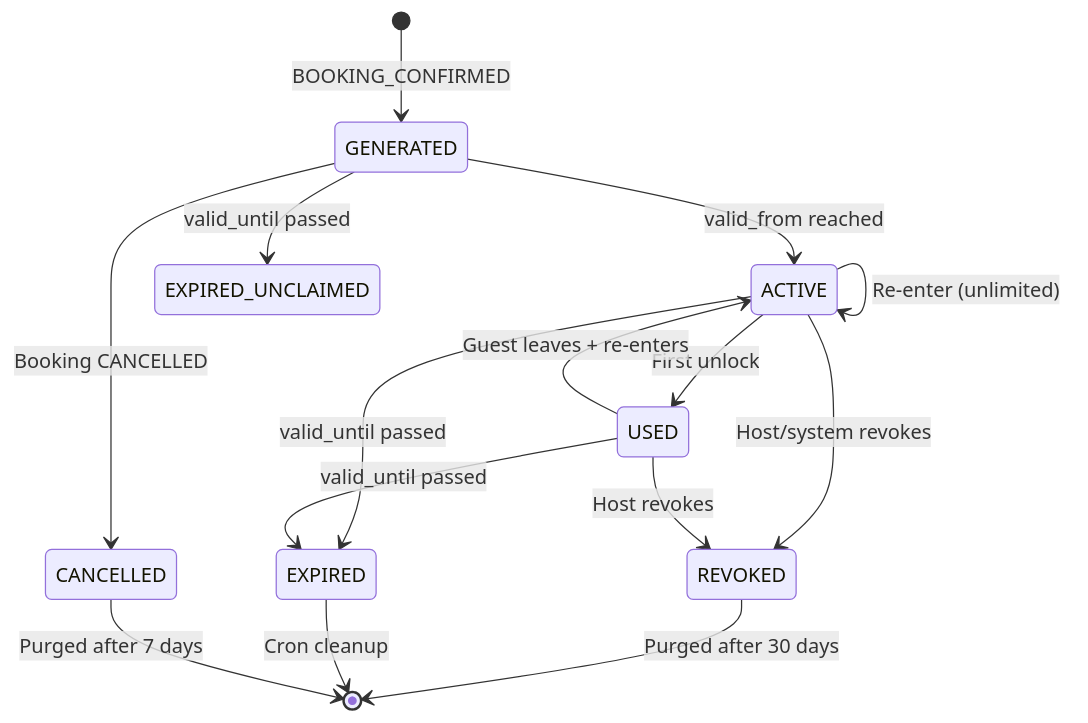
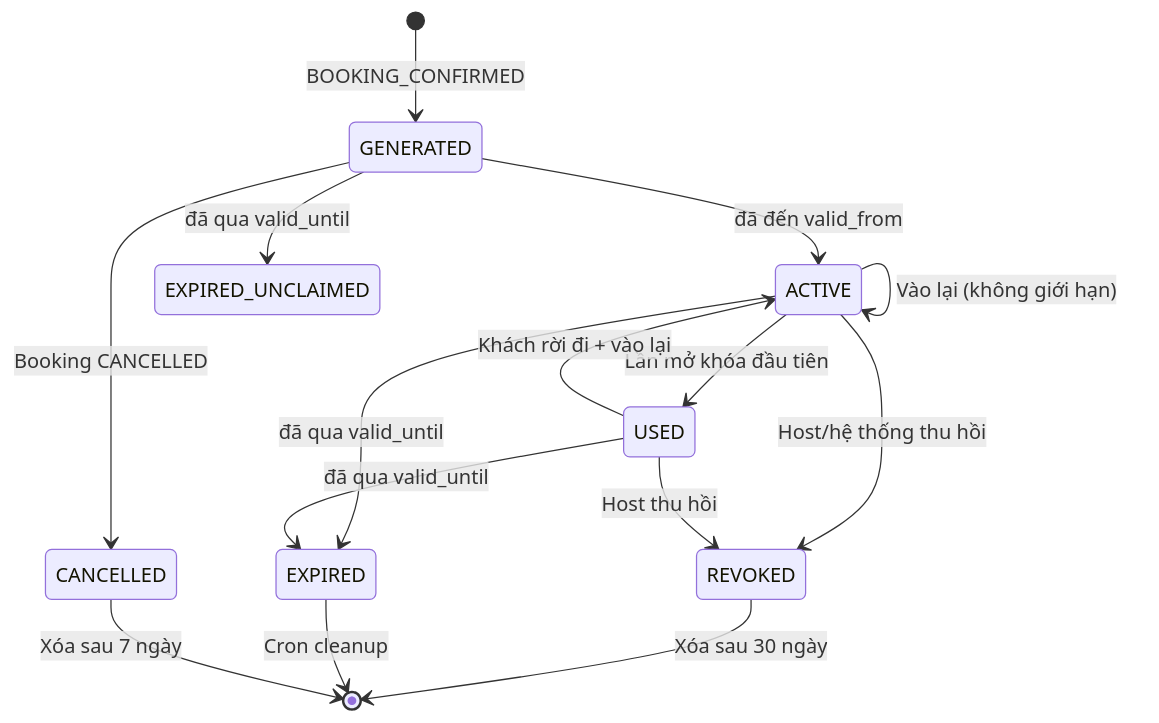
Before and after one commit to PhamVietHoangFPT/databaseHomi: diagram 22 of 54 in Mermaid.md, drawn with Mermaid. The commit also changed other lines of this file and 3 other files, not shown here.

````diff
--- a/Mermaid.md
+++ b/Mermaid.md
@@ -840,21 +840,21 @@
 ```mermaid
 stateDiagram-v2
     [*] --> GENERATED: BOOKING_CONFIRMED
 
-    GENERATED --> ACTIVE: valid_from reached
-    GENERATED --> EXPIRED_UNCLAIMED: valid_until passed
+    GENERATED --> ACTIVE: đã đến valid_from
+    GENERATED --> EXPIRED_UNCLAIMED: đã qua valid_until
     GENERATED --> CANCELLED: Booking CANCELLED
 
-    ACTIVE --> ACTIVE: Re-enter (unlimited)
-    ACTIVE --> USED: First unlock
-    ACTIVE --> REVOKED: Host/system revokes
-    ACTIVE --> EXPIRED: valid_until passed
+    ACTIVE --> ACTIVE: Vào lại (không giới hạn)
+    ACTIVE --> USED: Lần mở khóa đầu tiên
+    ACTIVE --> REVOKED: Host/hệ thống thu hồi
+    ACTIVE --> EXPIRED: đã qua valid_until
 
-    USED --> ACTIVE: Guest leaves + re-enters
-    USED --> REVOKED: Host revokes
-    USED --> EXPIRED: valid_until passed
+    USED --> ACTIVE: Khách rời đi + vào lại
+    USED --> REVOKED: Host thu hồi
+    USED --> EXPIRED: đã qua valid_until
 
-    REVOKED --> [*]: Purged after 30 days
+    REVOKED --> [*]: Xóa sau 30 ngày
     EXPIRED --> [*]: Cron cleanup
-    CANCELLED --> [*]: Purged after 7 days
+    CANCELLED --> [*]: Xóa sau 7 ngày
 ```
````
